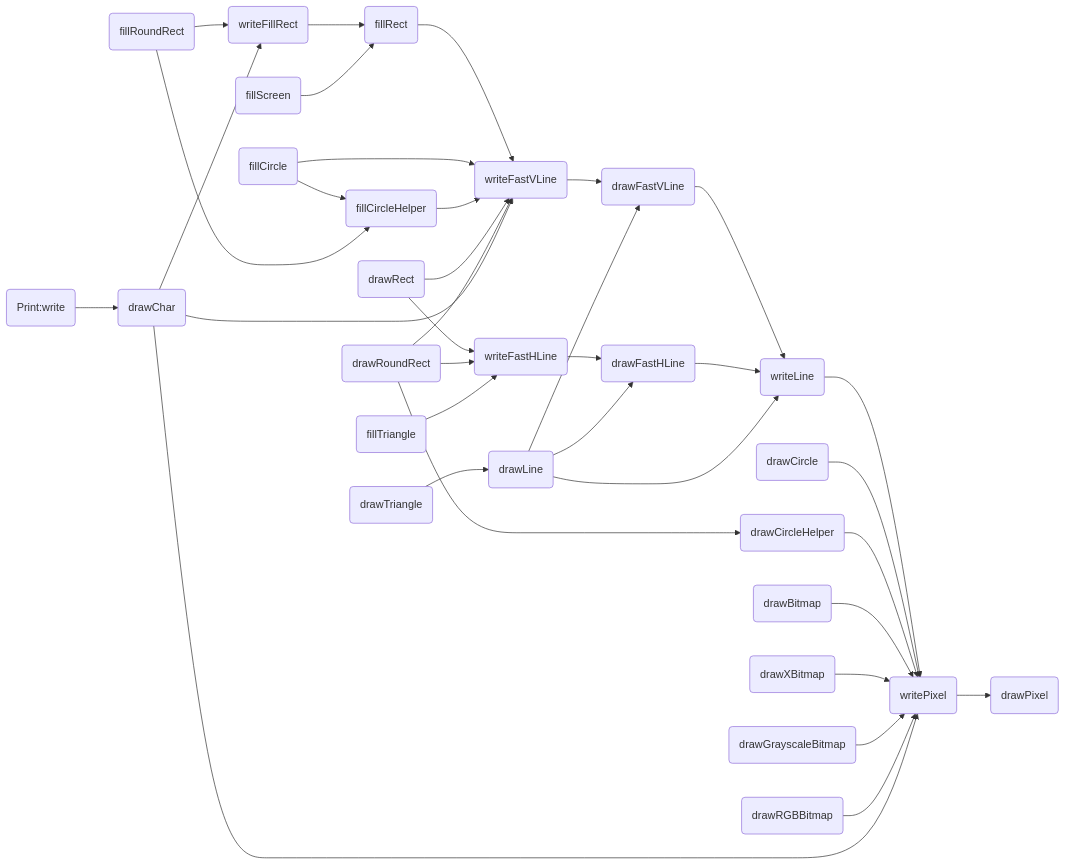
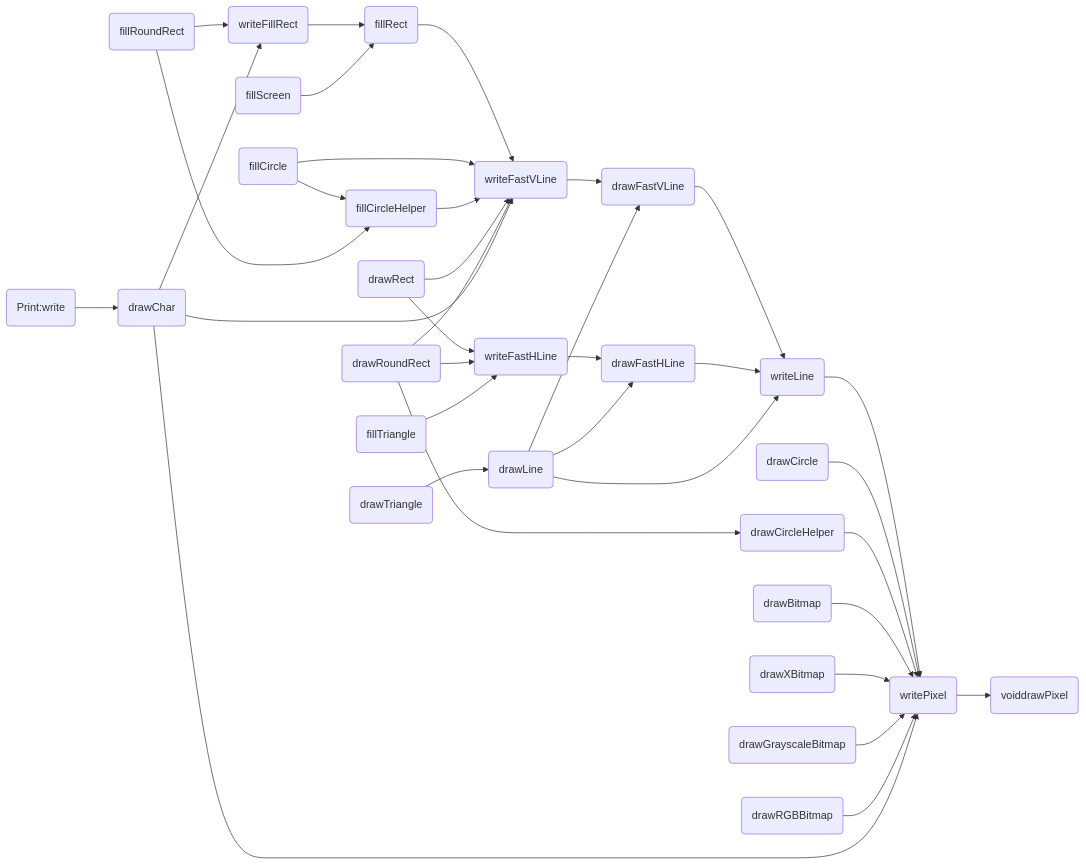
One commit to icodezhanglei/iodraw-files changed the diagram in all/未命名.md. Above: the diagram before and after it, drawn with Mermaid.

Commit message:
2024-09-13 18:49:00 update

````diff
--- a/all/未命名.md
+++ b/all/未命名.md
@@ -1,59 +1,59 @@
 ```mermaid
 flowchart LR
 
-drawPixel(drawPixel)
+drawPixel(voiddrawPixel)
 writePixel(writePixel)
 writeFillRect(writeFillRect)
 writeFastVLine(writeFastVLine)
 writeFastHLine(writeFastHLine)
 writeLine(writeLine)
 drawFastVLine(drawFastVLine)
 drawFastHLine(drawFastHLine)
 fillRect(fillRect)
 fillScreen(fillScreen)
 drawLine(drawLine)
 drawRect(drawRect)
 drawCircle(drawCircle)
 drawCircleHelper(drawCircleHelper)
 fillCircle(fillCircle)
 fillCircleHelper(fillCircleHelper)
 drawTriangle(drawTriangle)
 fillTriangle(fillTriangle)
 drawRoundRect(drawRoundRect)
 fillRoundRect(fillRoundRect)
 drawBitmap(drawBitmap)
 drawXBitmap(drawXBitmap)
 drawGrayscaleBitmap(drawGrayscaleBitmap)
 drawRGBBitmap(drawRGBBitmap)
 drawChar(drawChar)
 write(Print:write)
 
 
 writeLine --> writePixel --> drawPixel
 
 writeFastVLine --> drawFastVLine
 drawFastVLine --> writeLine
 
 writeFastHLine --> drawFastHLine
 drawFastHLine --> writeLine
 
 writeFillRect --> fillRect --> writeFastVLine
 
 fillScreen --> fillRect
 drawLine --> drawFastVLine & drawFastHLine &  writeLine
 drawCircle -->  writePixel
 drawCircleHelper --> writePixel
 fillCircle --> writeFastVLine & fillCircleHelper
 fillCircleHelper --> writeFastVLine
 drawRect --> writeFastHLine & writeFastVLine
 drawRoundRect --> writeFastHLine & writeFastVLine & drawCircleHelper
 fillRoundRect -->  writeFillRect & fillCircleHelper
 drawTriangle --> drawLine
 fillTriangle --> writeFastHLine
 drawBitmap -->  writePixel
 drawXBitmap -->  writePixel
 drawGrayscaleBitmap -->  writePixel
 drawRGBBitmap --> writePixel
 drawChar --> writePixel & writeFillRect & writeFastVLine
 write --> drawChar
 ```
````
